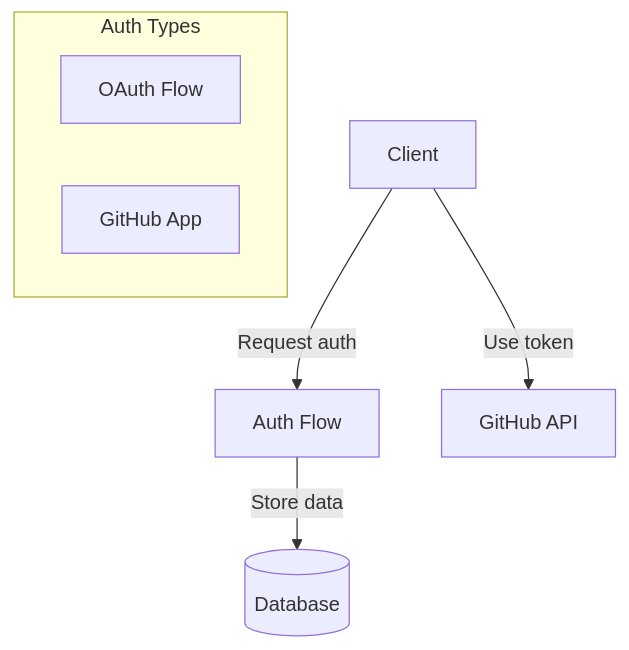
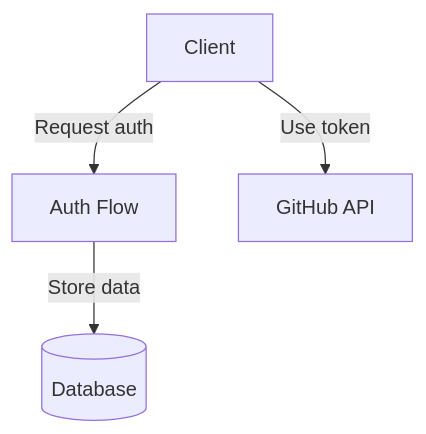
One commit to pollinations/pollinations changed the first of 2 diagrams in model-context-protocol/github-app-auth/README.md. Above: the diagram before and after it, drawn with Mermaid. The commit also changed other lines of this file and 12 other files, not shown here.

First line of the commit message:
refactor(github-auth): Clean up and improve GitHub Auth App

````diff
--- a/model-context-protocol/github-app-auth/README.md
+++ b/model-context-protocol/github-app-auth/README.md
@@ -16,11 +17,6 @@
 ```mermaid
 graph TD
     Client[Client] -->|Request auth| Auth[Auth Flow]
     Auth -->|Store data| DB[(Database)]
     Client -->|Use token| GitHub[GitHub API]
-    
-    subgraph "Auth Types"
-        OAuth[OAuth Flow]
-        App[GitHub App]
-    end
 ```
````
